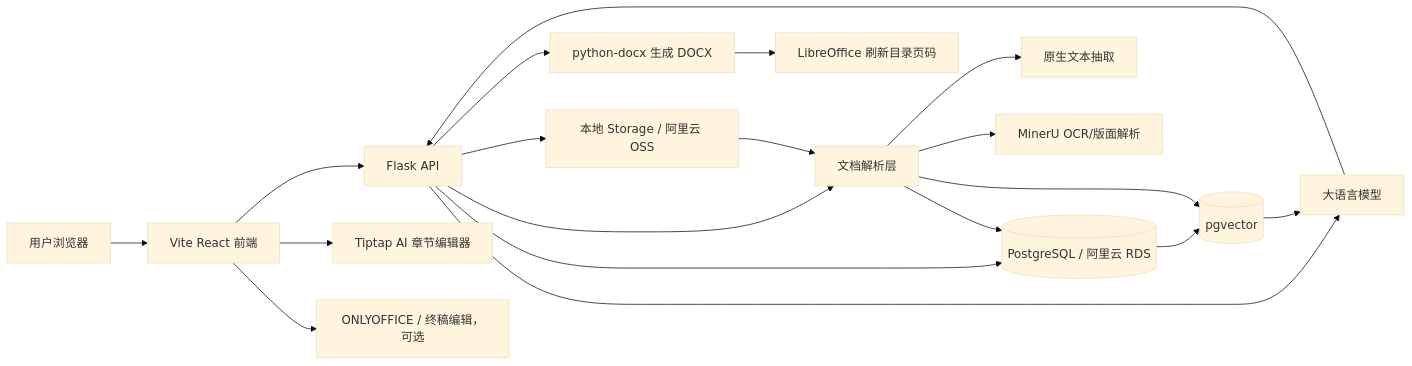
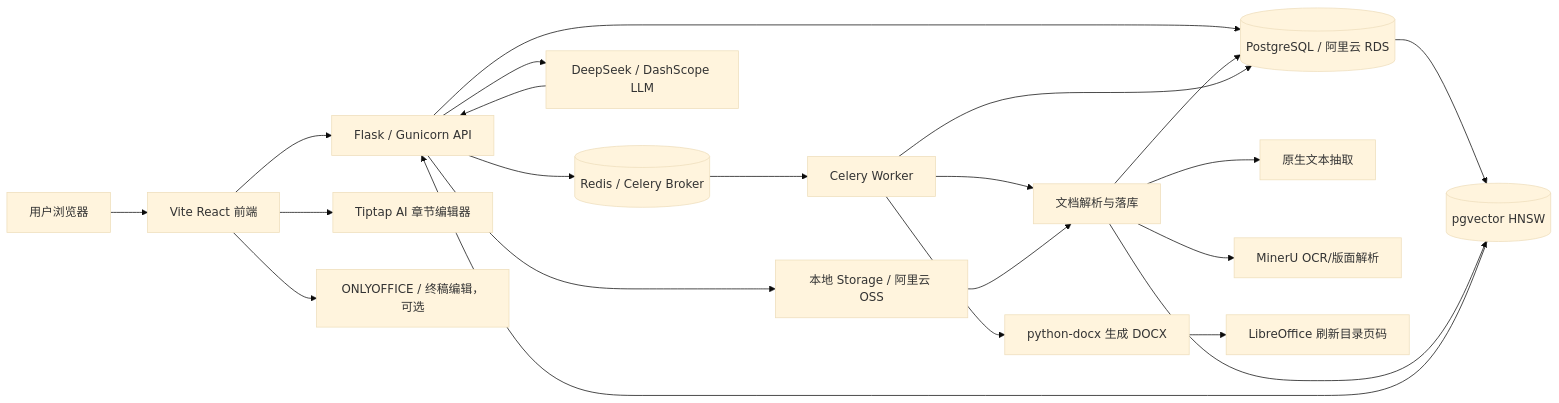
One commit to sunShineLoveMe/ai_bidding_power_grid changed the first of 2 diagrams in README.md. Above: the diagram before and after it, drawn with Mermaid (base theme). The commit also changed other lines of this file and 13 other files, not shown here.

````diff
--- a/README.md
+++ b/README.md
@@ -54,25 +54,29 @@
 ```mermaid
 flowchart LR
     U[用户浏览器] --> FE[Vite React 前端]
-    FE --> API[Flask API]
+    FE --> API[Flask / Gunicorn API]
 
     API --> Storage[本地 Storage / 阿里云 OSS]
     API --> DB[(PostgreSQL / 阿里云 RDS)]
-    DB --> Vec[(pgvector)]
+    DB --> Vec[(pgvector HNSW)]
 
-    API --> Parser[文档解析层]
+    API --> Redis[(Redis / Celery Broker)]
+    Redis --> Worker[Celery Worker]
+
+    Worker --> Parser[文档解析与落库]
     Parser --> Native[原生文本抽取]
     Parser --> MinerU[MinerU OCR/版面解析]
+    Parser --> DB
+    Parser --> Vec
+    Storage --> Parser
 
-    API --> LLM[大语言模型]
-    API --> Docx[python-docx 生成 DOCX]
+    API --> LLM[DeepSeek / DashScope LLM]
+    Vec --> API
+    Worker --> Docx[python-docx 生成 DOCX]
     Docx --> LO[LibreOffice 刷新目录页码]
+    Worker --> DB
+    LLM --> API
+
     FE --> Tiptap[Tiptap AI 章节编辑器]
     FE --> Office[ONLYOFFICE / 终稿编辑，可选]
-
-    Storage --> Parser
-    Parser --> DB
-    Parser --> Vec
-    Vec --> LLM
-    LLM --> API
 ```
````
